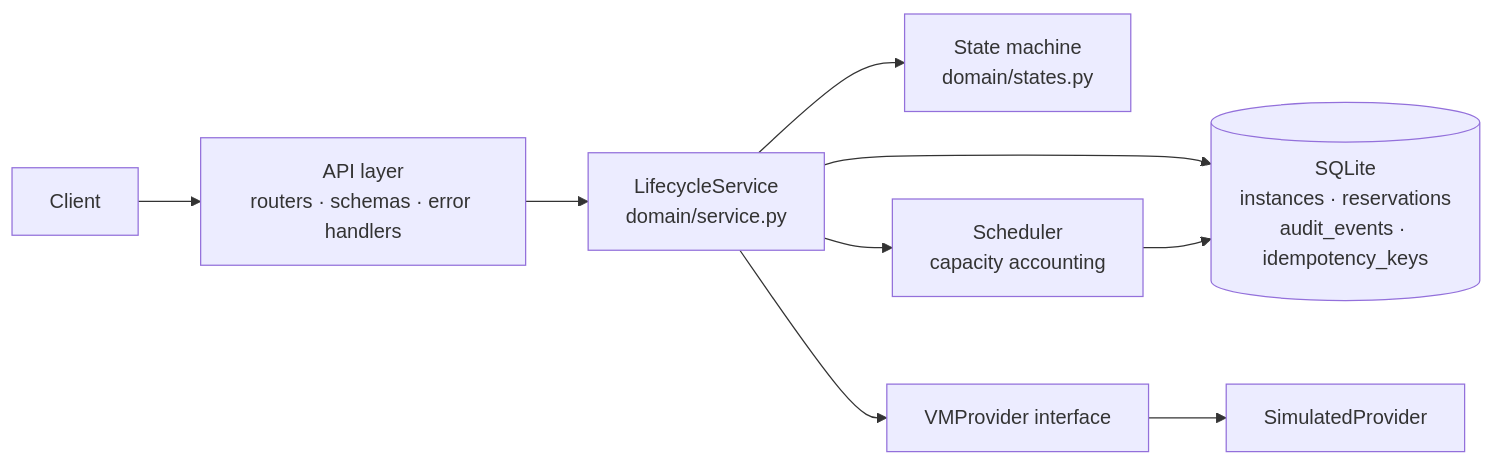
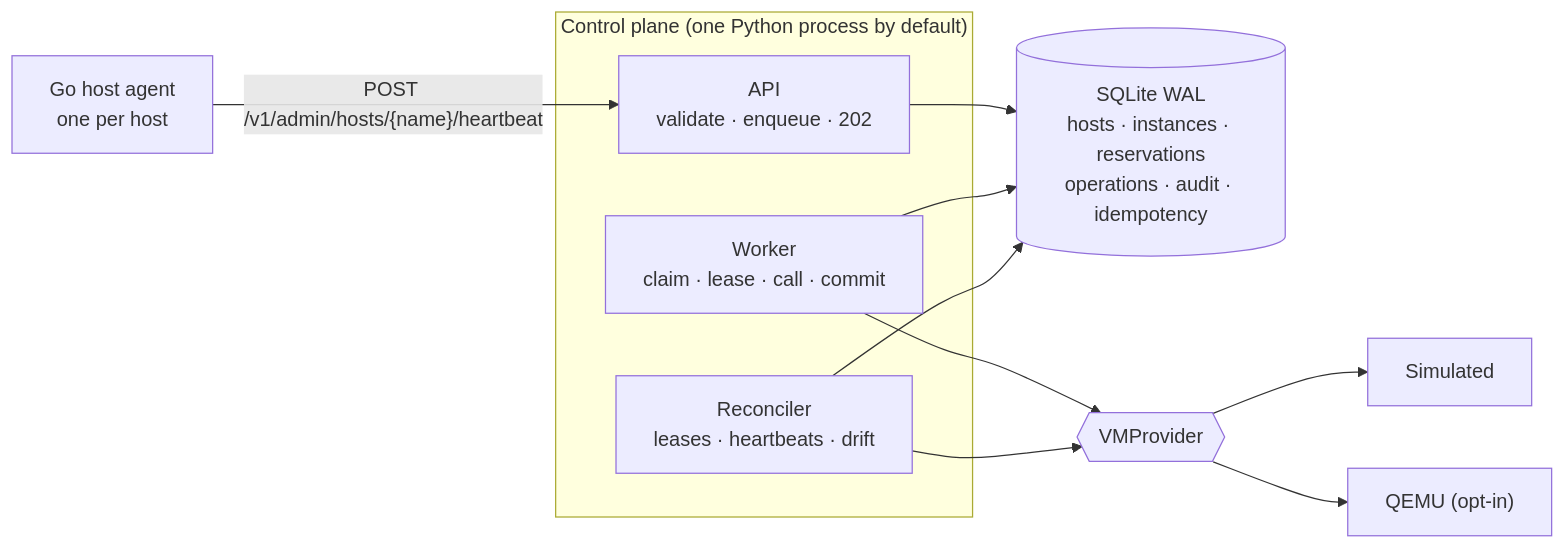
Before and after one commit to Ishaanz-pro/vm-lifecycle-manager: the first of 2 diagrams in README.md, drawn with Mermaid. The commit also changed other lines of this file and 77 other files, not shown here.

First line of the commit message:
v0.2.0: durable operations, multi-host scheduler, reconciler, Go agent

````diff
--- a/README.md
+++ b/README.md
@@ -19,11 +49,17 @@
 ```mermaid
 flowchart LR
-  C[Client] --> R[API layer<br/>routers · schemas · error handlers]
-  R --> S[LifecycleService<br/>domain/service.py]
-  S --> SM[State machine<br/>domain/states.py]
-  S --> SCH[Scheduler<br/>capacity accounting]
-  S --> P[VMProvider interface]
-  P --> SIM[SimulatedProvider]
-  S --> DB[(SQLite<br/>instances · reservations<br/>audit_events · idempotency_keys)]
-  SCH --> DB
+  subgraph cp["Control plane (one Python process by default)"]
+    API["API<br/>validate · enqueue · 202"]
+    W["Worker<br/>claim · lease · call · commit"]
+    R["Reconciler<br/>leases · heartbeats · drift"]
+  end
+  DB[("SQLite WAL<br/>hosts · instances · reservations<br/>operations · audit · idempotency")]
+  API --> DB
+  W --> DB
+  R --> DB
+  W --> P{{VMProvider}}
+  R --> P
+  P --> SIM[Simulated]
+  P --> Q["QEMU (opt-in)"]
+  AG["Go host agent<br/>one per host"] -->|"POST /v1/admin/hosts/{name}/heartbeat"| API
 ```
````
